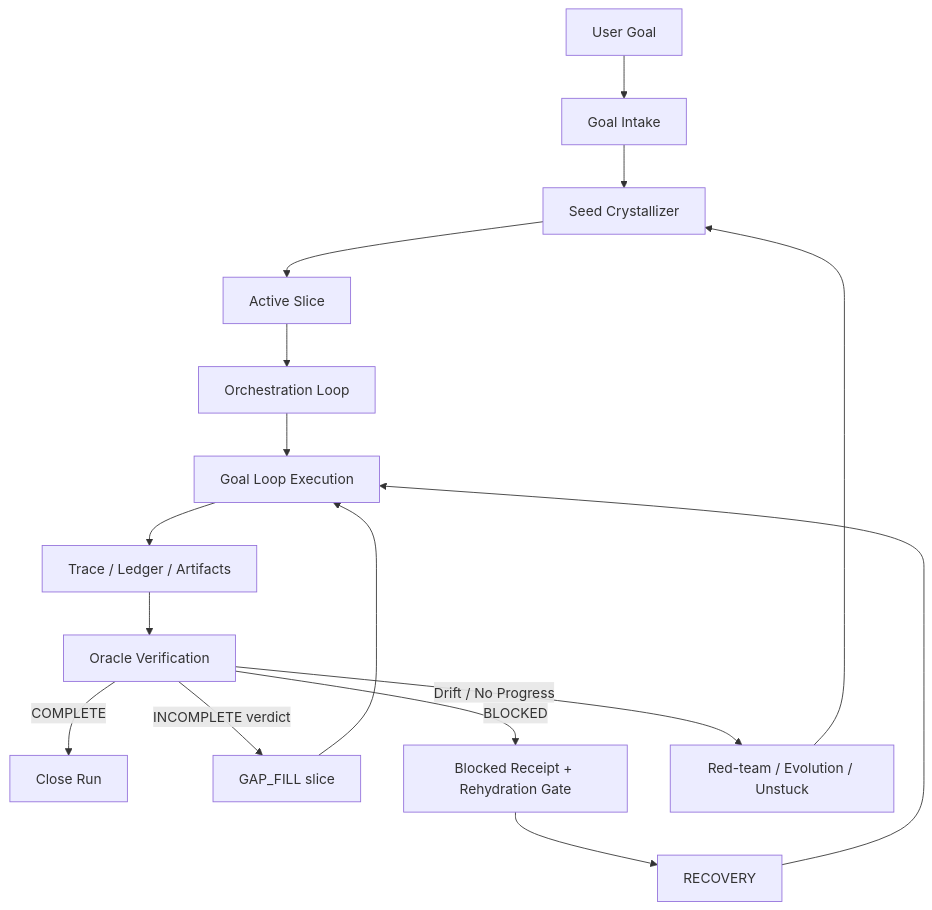
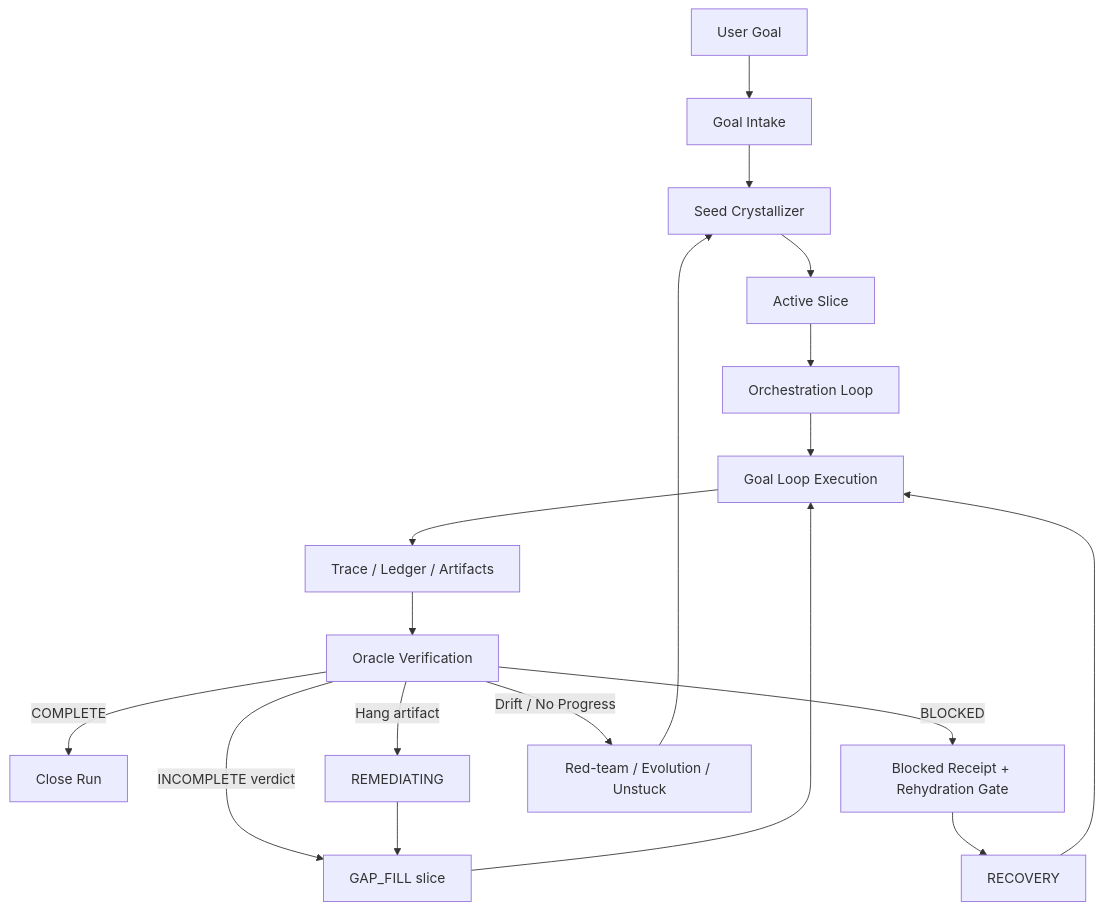
The diagram in README.md (FrogRim/signature-harness), drawn with Mermaid before and after one commit. The commit also changed other lines of this file and 26 other files, not shown here.

````diff
--- a/README.md
+++ b/README.md
@@ -31,18 +31,20 @@
 ```mermaid
 flowchart TD
   A["User Goal"] --> B["Goal Intake"]
   B --> C["Seed Crystallizer"]
   C --> D["Active Slice"]
   D --> E["Orchestration Loop"]
   E --> F["Goal Loop Execution"]
   F --> G["Trace / Ledger / Artifacts"]
   G --> H["Oracle Verification"]
   H -->|COMPLETE| I["Close Run"]
   H -->|INCOMPLETE verdict| J["GAP_FILL slice"]
+  H -->|Hang artifact| N["REMEDIATING"]
   H -->|BLOCKED| K["Blocked Receipt + Rehydration Gate"]
   H -->|Drift / No Progress| L["Red-team / Evolution / Unstuck"]
+  N --> J
   J --> F
   K --> M["RECOVERY"]
   M --> F
   L --> C
 ```
````
